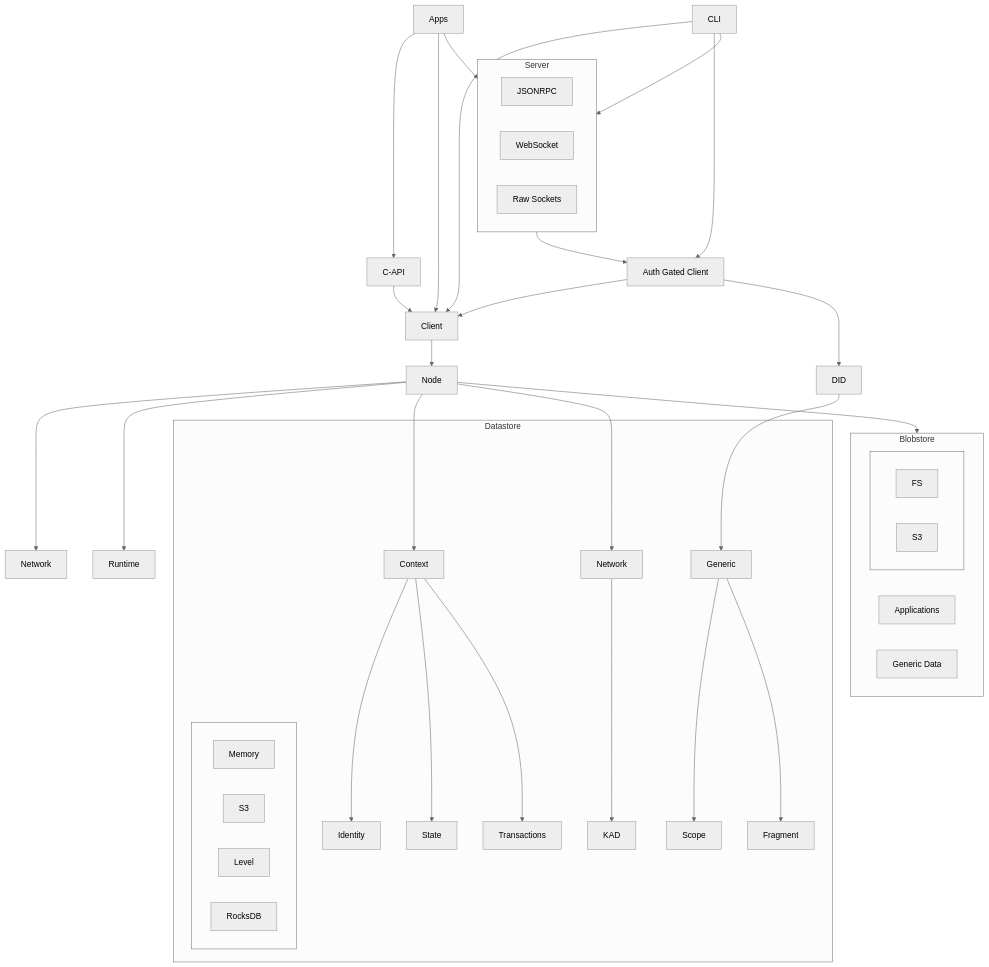
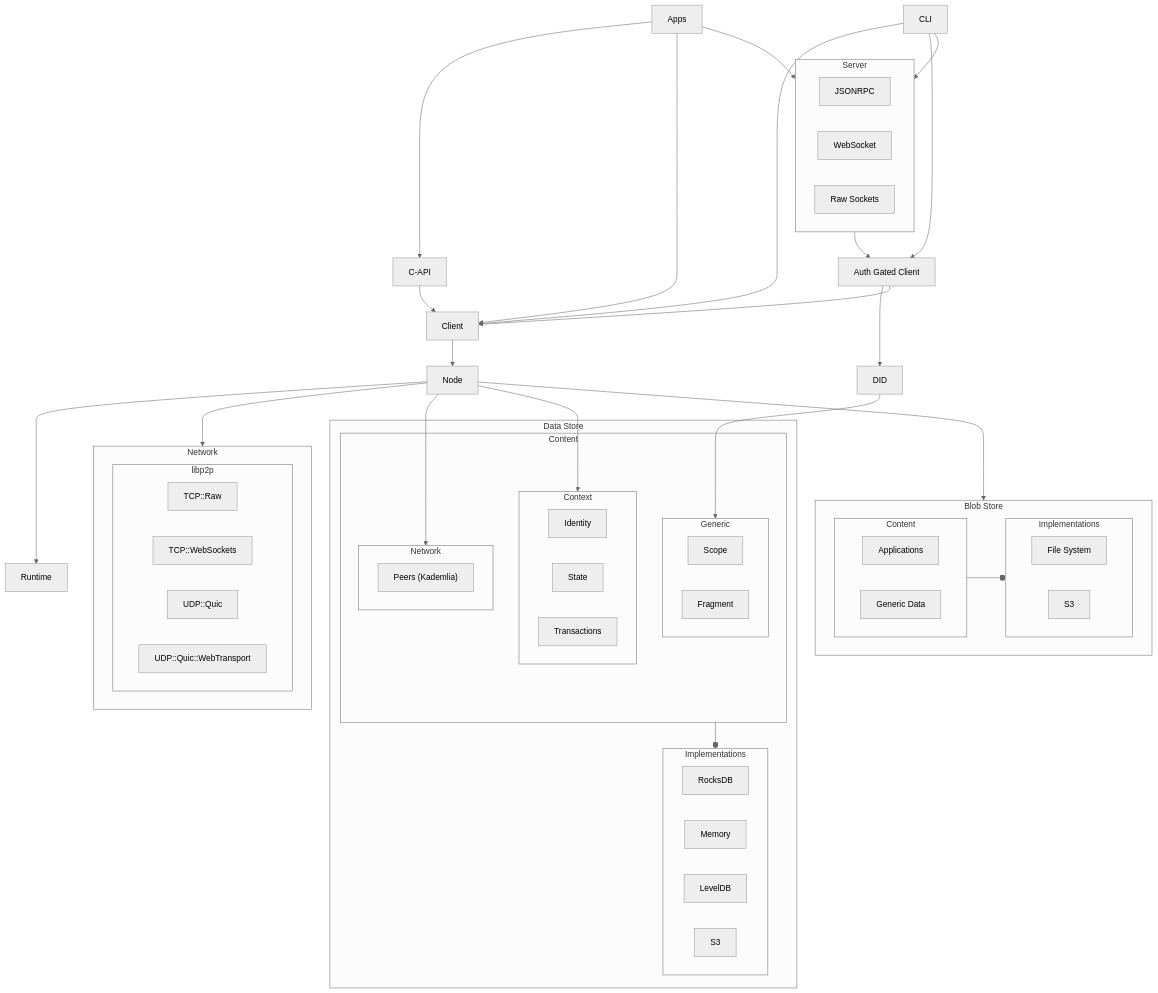
The diagram in README.mdx (calimero-network/core), drawn with Mermaid (neutral theme) before and after one commit.

Commit message:
Update architecture diagram

````diff
--- a/README.mdx
+++ b/README.mdx
@@ -76,75 +76,73 @@
 ```mermaid
-graph TD
-
-    subgraph Datastore
-        ctx[Context]
-        gen[Generic]
-        net[Network]
-        ctx --> id[Identity]
-        ctx --> st[State]
-        ctx --> tx[Transactions]
-        gen --> sc[Scope]
-        gen --> fr[Fragment]
-        net --> kad[KAD]
-
-        subgraph " "
-            direction LR
-            mem[Memory]
-            s3[S3]
-            lvl[Level]
-            rdb[RocksDB]
-        end
-    end
-
-    subgraph Blobstore
-        apps[Applications]
-        genData[Generic Data]
-        
-        subgraph " "
-            direction LR
-            fs[FS]
-            blobS3[S3]
-        end
-    end
-    
-    subgraph Server
-        direction LR
-        jrpc[JSONRPC]
-        ws[WebSocket]
-        raw[Raw Sockets]
-    end
-
-    applications[Apps]
-    client[Client]
-    capi[C-API]
-    auth[Auth Gated Client]
-    did[DID]
-    cli[CLI]
-    node[Node]
-    network[Network]
-    runtime[Runtime]
-
-    client --> node
-
-    applications --> capi
-    applications --> client
-    applications --> Server
-
-    cli --> client
-    cli --> auth
-    cli --> Server
-
+flowchart TD
+ subgraph DatastoreImpl["Implementations"]
+        rdb["RocksDB"]
+        mem["Memory"]
+        lvl["LevelDB"]
+        s3["S3"]
+  end
+ subgraph ctx["Context"]
+    direction LR
+        id["Identity"]
+        st["State"]
+        tx["Transactions"]
+  end
+ subgraph net["Network"]
+    direction LR
+        peers["Peers (Kademlia)"]
+  end
+ subgraph gen["Generic"]
+    direction LR
+        sc["Scope"]
+        fr["Fragment"]
+  end
+ subgraph DatastoreWrapper["Content"]
+        ctx
+        net
+        gen
+  end
+ subgraph Datastore["Data Store"]
+        DatastoreWrapper
+        DatastoreImpl
+  end
+ subgraph BlobstoreImpl["Implementations"]
+    direction LR
+        fs["File System"]
+        blobS3["S3"]
+  end
+ subgraph BlobstoreWrapper["Content"]
+    direction LR
+        apps["Applications"]
+        genData["Generic Data"]
+  end
+ subgraph Blobstore["Blob Store"]
+        BlobstoreWrapper
+        BlobstoreImpl
+  end
+ subgraph Server["Server"]
+    direction LR
+        jrpc["JSONRPC"]
+        ws["WebSocket"]
+        raw["Raw Sockets"]
+  end
+ subgraph libp2p["libp2p"]
+    direction LR
+        tcp["TCP::Raw"]
+        tcpws["TCP::WebSockets"]
+        udpqc["UDP::Quic"]
+        udpqcwt["UDP::Quic::WebTransport"]
+  end
+ subgraph Network["Network"]
+        libp2p
+  end
+    DatastoreWrapper --o DatastoreImpl
+    BlobstoreWrapper --o BlobstoreImpl
+    client["Client"] --> node["Node"]
+    applications["Apps"] --> capi["C-API"] & client & Server
+    capi --> client
+    cli["CLI"] --> Server & client & auth["Auth Gated Client"]
     Server --> auth
-
-    capi --> client
-    
-    auth --> client
-    auth --> did
+    auth --> did["DID"] & client
     did --> gen
-
-    node --> network
-    node --> runtime
-    node --> ctx
-    node --> net
-    node --> Blobstore
+    node --> Network & runtime["Runtime"] & net & ctx & Blobstore
 ```
````
